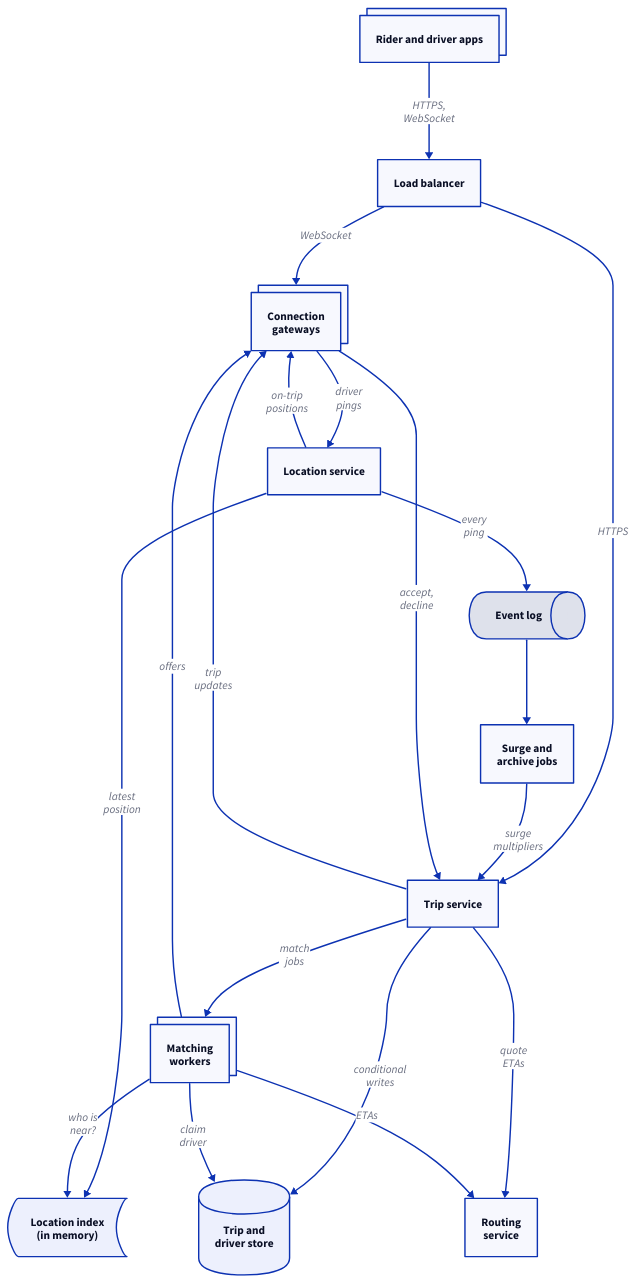
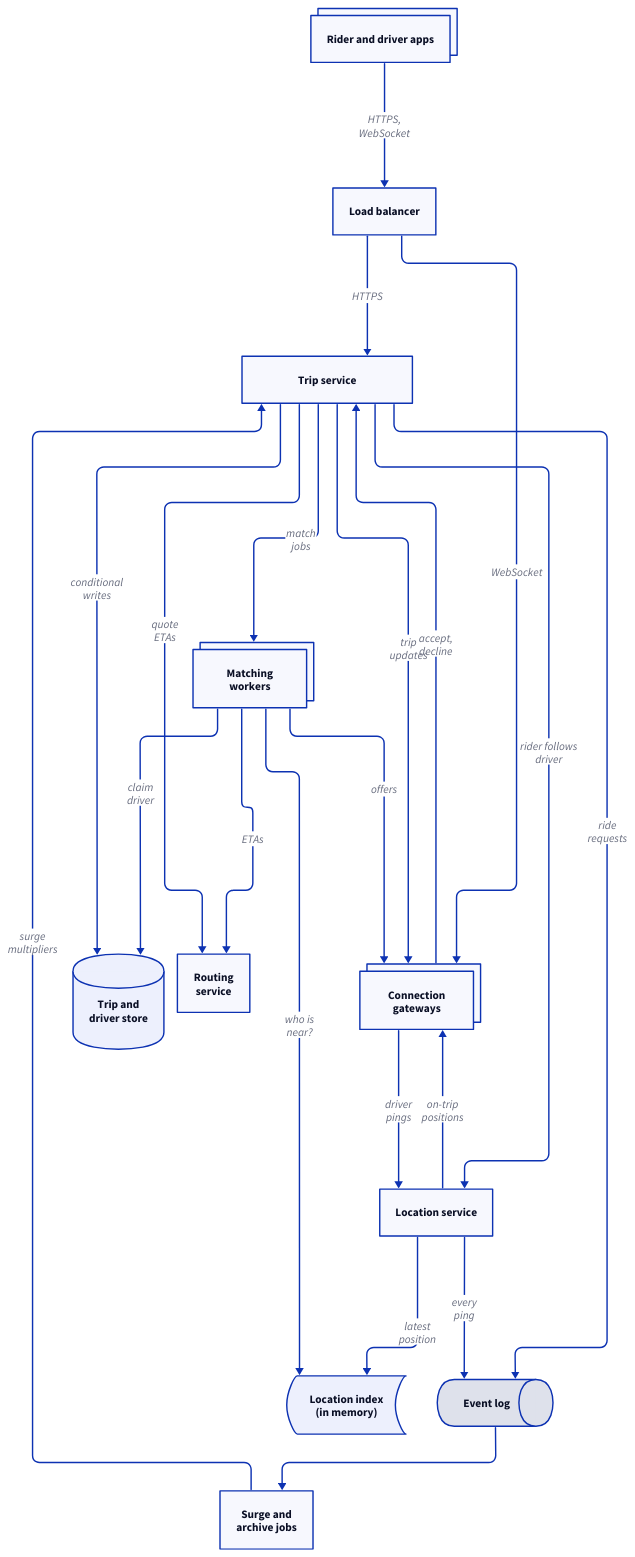
The diagram in src/system-design/diagrams/ride-sharing/architecture.d2 (enbattle/til), drawn with D2 before and after one commit. The commit also changed 29 other files, not shown here.

```diff
--- a/src/system-design/diagrams/ride-sharing/architecture.d2
+++ b/src/system-design/diagrams/ride-sharing/architecture.d2
@@ -1,51 +1,59 @@
 # High-level architecture of the ride-sharing service. Driver pings flow
 # through the gateways to the location service, which keeps the latest
 # position in the in-memory index and appends every ping to the event log,
-# which also carries the trip service's ride-request events (relayed from its
-# outbox; not drawn, since that edge closes a loop that doubles the width). Rides go through the trip service; matching workers find, rank and claim
+# which also carries the trip service's ride requests for the surge job. The
+# trip service tells the location service which rider follows which driver.
+# Rides go through the trip service; matching workers find, rank and claim
 # drivers and send offers through the gateways. Arrows point from the side
 # that starts the call or sends the data.
 direction: down
+vars: {
+  d2-config: {
+    layout-engine: elk
+  }
+}
 
 apps: Rider and driver apps {
   style.multiple: true
 }
 lb: Load balancer
 gw: "Connection\ngateways" {
   style.multiple: true
 }
 loc: Location service
 index: "Location index\n(in memory)" {
   shape: stored_data
 }
 log: "Event log" {
   shape: queue
 }
 jobs: "Surge and\narchive jobs"
 trip: Trip service
 match: "Matching\nworkers" {
   style.multiple: true
 }
 routing: "Routing\nservice"
 store: "Trip and\ndriver store" {
   shape: cylinder
 }
 
 apps -> lb: "HTTPS,\nWebSocket"
 lb -> gw: "WebSocket"
 lb -> trip: "HTTPS"
 gw -> loc: "driver\npings"
 loc -> index: "latest\nposition"
 loc -> log: "every\nping"
 loc -> gw: "on-trip\npositions"
 log -> jobs
 jobs -> trip: "surge\nmultipliers"
 gw -> trip: "accept,\ndecline"
 trip -> store: "conditional\nwrites"
 trip -> match: "match\njobs"
 trip -> gw: "trip\nupdates"
 trip -> routing: "quote\nETAs"
+trip -> loc: "rider follows\ndriver"
+trip -> log: "ride\nrequests"
 match -> index: "who is\nnear?"
 match -> routing: "ETAs"
 match -> store: "claim\ndriver"
 match -> gw: "offers"
```
